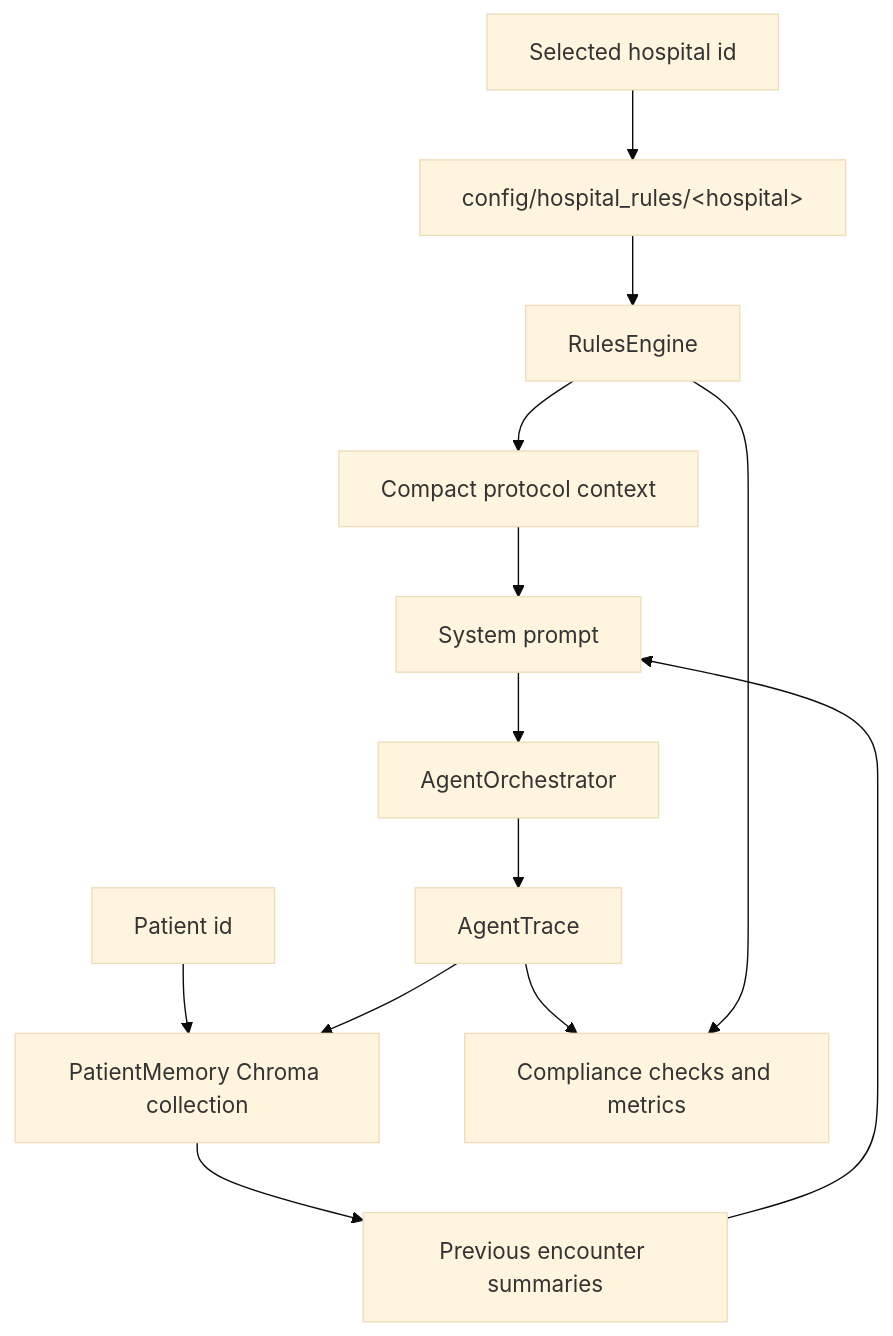
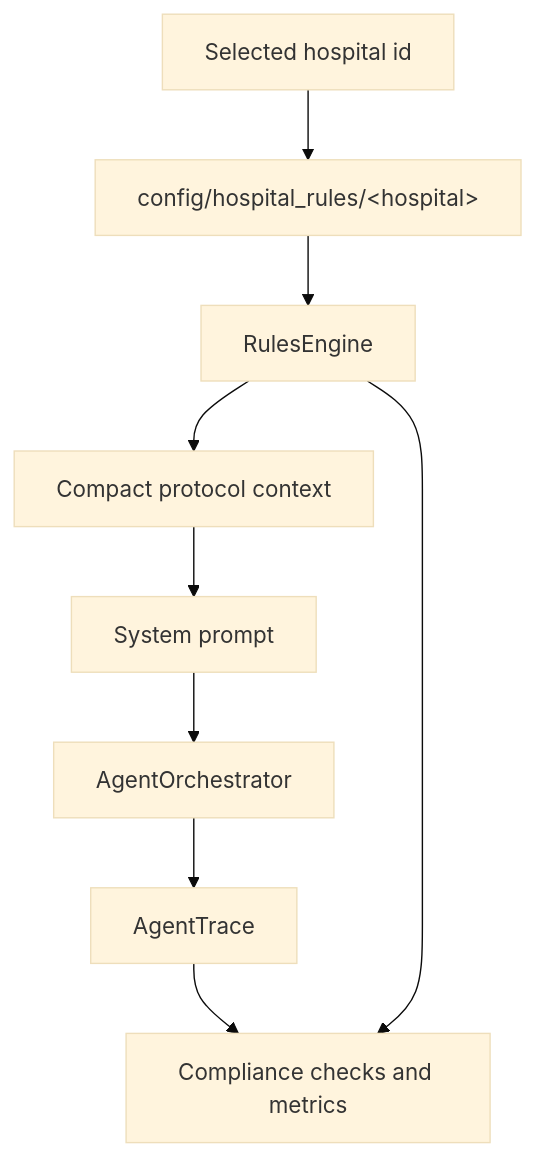
One commit to Prot10/medical-agents changed the fifth of 10 diagrams in ARCHITECTURE_REPO_BREAKDOWN.md. Above: the diagram before and after it, drawn with Mermaid (base theme). The commit also changed other lines of this file and 19 other files, not shown here.

````diff
--- a/ARCHITECTURE_REPO_BREAKDOWN.md
+++ b/ARCHITECTURE_REPO_BREAKDOWN.md
@@ -142,15 +139,11 @@
 ```mermaid
 flowchart TD
   Hospital[Selected hospital id] --> RulesDir[config/hospital_rules/&lt;hospital&gt;]
   RulesDir --> Engine[RulesEngine]
   Engine --> Context[Compact protocol context]
   Context --> Prompt[System prompt]
-  PatientID[Patient id] --> Memory[PatientMemory Chroma collection]
-  Memory --> History[Previous encounter summaries]
-  History --> Prompt
   Prompt --> Orchestrator[AgentOrchestrator]
   Orchestrator --> Trace[AgentTrace]
-  Trace --> Memory
   Trace --> Compliance[Compliance checks and metrics]
   Engine --> Compliance
 ```
````
